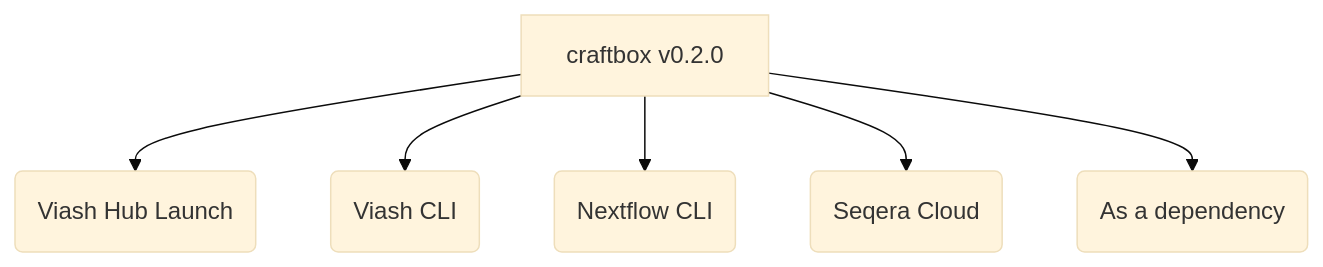
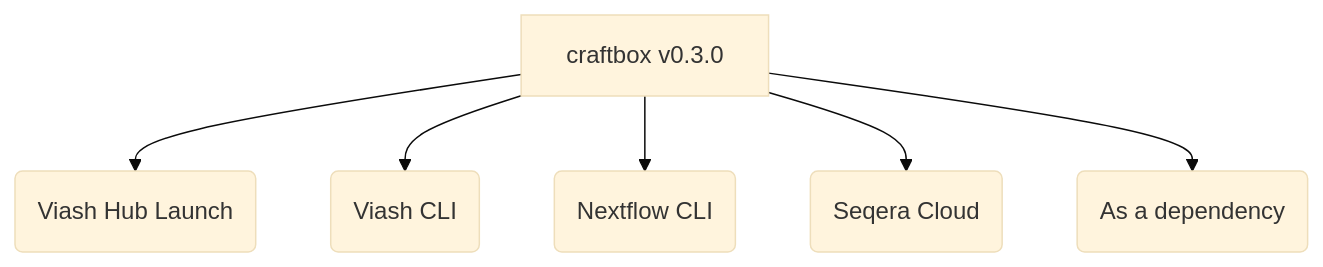
One commit to viash-hub/craftbox changed the diagram in README.md. Above: the diagram before and after it, drawn with Mermaid (base theme). The commit also changed other lines of this file and 1 other file, not shown here.

````diff
--- a/README.md
+++ b/README.md
@@ -44,8 +44,8 @@
 ``` mermaid lang="mermaid
 flowchart TD
-    A[craftbox v0.2.0] --> B(Viash Hub Launch)
+    A[craftbox v0.3.0] --> B(Viash Hub Launch)
     A --> C(Viash CLI)
     A --> D(Nextflow CLI)
     A --> E(Seqera Cloud)
     A --> F(As a dependency)
 ```
````
